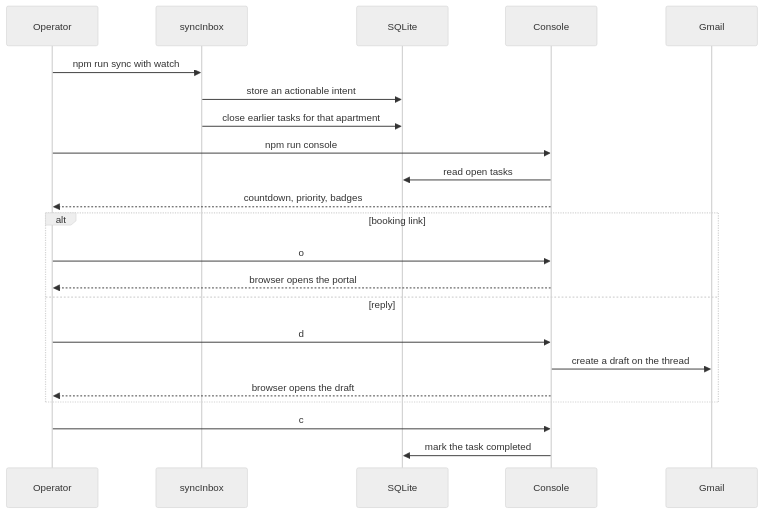
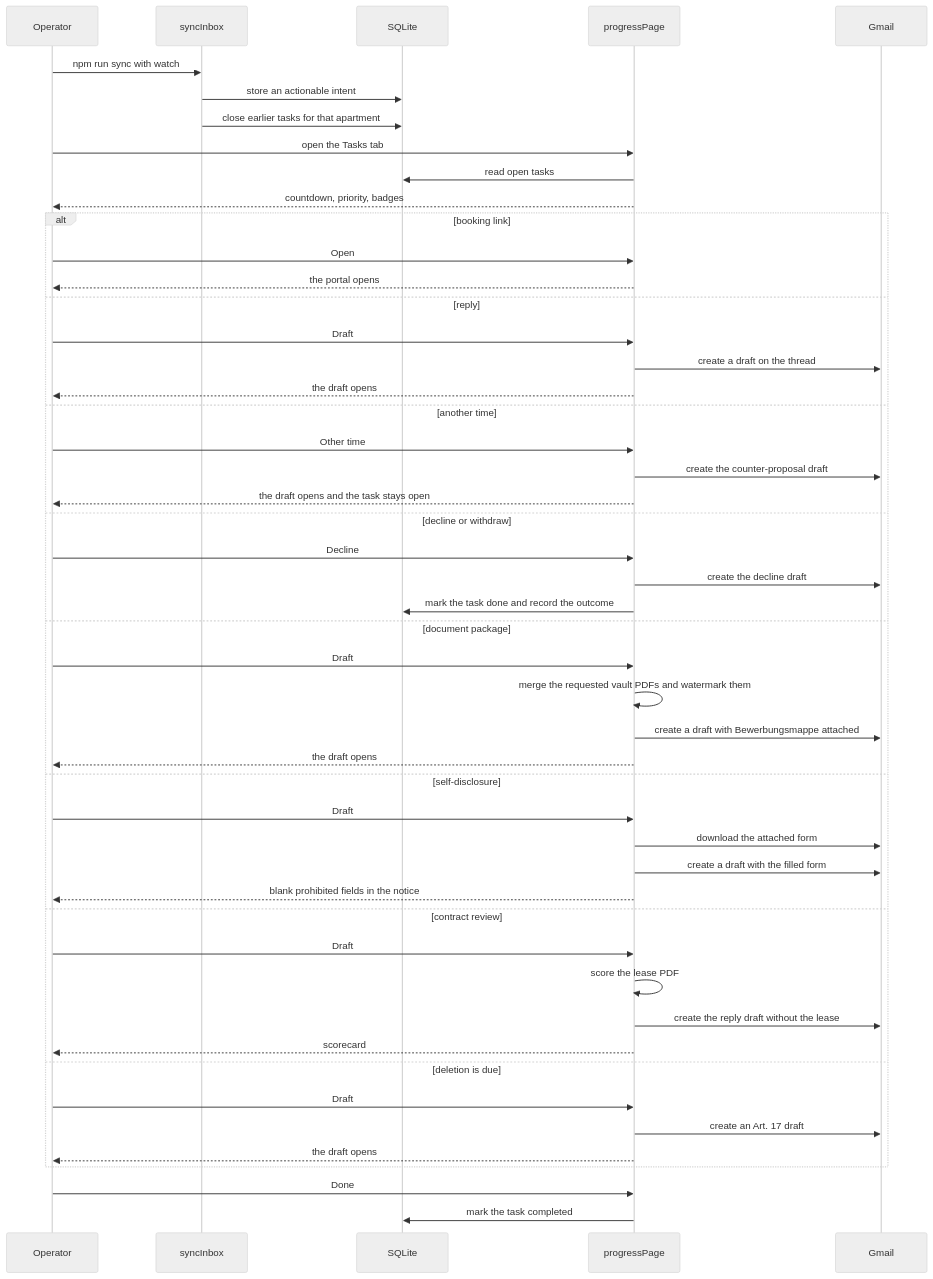
One commit to shinnenkara/wohn-agent changed the fifth of 5 diagrams in docs/flows.md. Above: the diagram before and after it, drawn with Mermaid (neutral theme). The commit also changed other lines of this file and 94 other files, not shown here.

````diff
--- a/docs/flows.md
+++ b/docs/flows.md
@@ -133,24 +140,51 @@
 ```mermaid
 sequenceDiagram
   participant Operator
   participant Sync as syncInbox
   participant SQLite
-  participant Console
+  participant Ui as progressPage
   participant Gmail
   Operator->>Sync: npm run sync with watch
   Sync->>SQLite: store an actionable intent
   Sync->>SQLite: close earlier tasks for that apartment
-  Operator->>Console: npm run console
-  Console->>SQLite: read open tasks
-  Console-->>Operator: countdown, priority, badges
+  Operator->>Ui: open the Tasks tab
+  Ui->>SQLite: read open tasks
+  Ui-->>Operator: countdown, priority, badges
   alt booking link
-    Operator->>Console: o
-    Console-->>Operator: browser opens the portal
+    Operator->>Ui: Open
+    Ui-->>Operator: the portal opens
   else reply
-    Operator->>Console: d
-    Console->>Gmail: create a draft on the thread
-    Console-->>Operator: browser opens the draft
+    Operator->>Ui: Draft
+    Ui->>Gmail: create a draft on the thread
+    Ui-->>Operator: the draft opens
+  else another time
+    Operator->>Ui: Other time
+    Ui->>Gmail: create the counter-proposal draft
+    Ui-->>Operator: the draft opens and the task stays open
+  else decline or withdraw
+    Operator->>Ui: Decline
+    Ui->>Gmail: create the decline draft
+    Ui->>SQLite: mark the task done and record the outcome
+  else document package
+    Operator->>Ui: Draft
+    Ui->>Ui: merge the requested vault PDFs and watermark them
+    Ui->>Gmail: create a draft with Bewerbungsmappe attached
+    Ui-->>Operator: the draft opens
+  else self-disclosure
+    Operator->>Ui: Draft
+    Ui->>Gmail: download the attached form
+    Ui->>Gmail: create a draft with the filled form
+    Ui-->>Operator: blank prohibited fields in the notice
+  else contract review
+    Operator->>Ui: Draft
+    Ui->>Ui: score the lease PDF
+    Ui->>Gmail: create the reply draft without the lease
+    Ui-->>Operator: scorecard
+  else deletion is due
+    Operator->>Ui: Draft
+    Ui->>Gmail: create an Art. 17 draft
+    Ui-->>Operator: the draft opens
   end
-  Operator->>Console: c
-  Console->>SQLite: mark the task completed
+  Operator->>Ui: Done
+  Ui->>SQLite: mark the task completed
 ```
````
